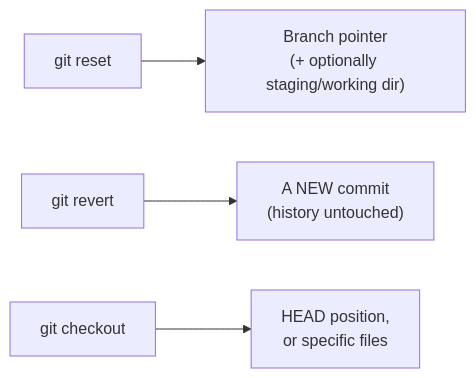
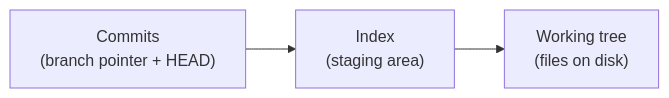
One commit to francoandreDev/knowledge changed the first of 4 diagrams in src/content/git-teamwork/checkout/L2-concept.mdx. Above: the diagram before and after it, drawn with Mermaid. The commit also changed other lines of this file and 3 other files, not shown here.

First line of the commit message:
Migrate git-teamwork/checkout to the three-tier exercise model

````diff
--- a/src/content/git-teamwork/checkout/L2-concept.mdx
+++ b/src/content/git-teamwork/checkout/L2-concept.mdx
@@ -25,6 +33,5 @@
 ```mermaid
 flowchart LR
-    Reset["git reset"] --> BranchPtr["Branch pointer\n(+ optionally staging/working dir)"]
-    Revert["git revert"] --> NewCommit["A NEW commit\n(history untouched)"]
-    Checkout["git checkout"] --> HeadOrFiles["HEAD position,\nor specific files"]
+    H["Commits\n(branch pointer + HEAD)"] --> I["Index\n(staging area)"]
+    I --> W["Working tree\n(files on disk)"]
 ```
````
